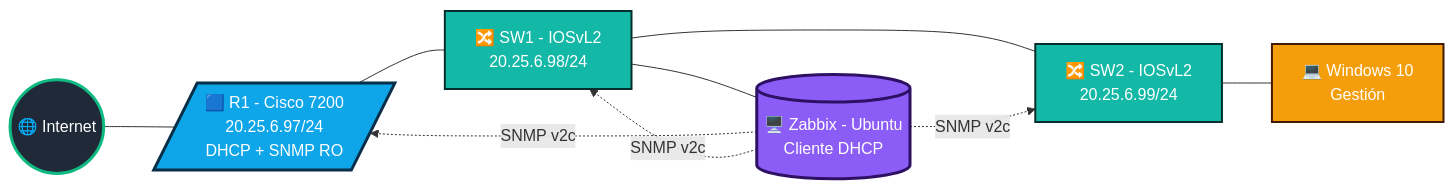
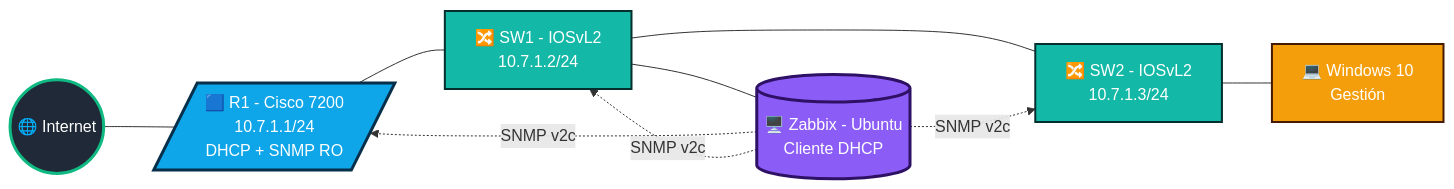
One commit to LisbethdaianGomezSoto/SNMP-CON--ZABBIX changed the first of 4 diagrams in README.md. Above: the diagram before and after it, drawn with Mermaid.

````diff
--- a/README.md
+++ b/README.md
@@ -109,29 +109,29 @@
 ```mermaid
 flowchart LR
     %% Nodos con formas diferentes
     Internet((🌐 Internet)):::wan
-    Router[/🟦 R1 - Cisco 7200<br/>20.25.6.97/24<br/>DHCP + SNMP RO/]:::router
-    Switch1[🔀 SW1 - IOSvL2<br/>20.25.6.98/24]:::switch
-    Switch2[🔀 SW2 - IOSvL2<br/>20.25.6.99/24]:::switch
+    Router[/🟦 R1 - Cisco 7200<br/>10.7.1.1/24<br/>DHCP + SNMP RO/]:::router
+    Switch1[🔀 SW1 - IOSvL2<br/>10.7.1.2/24]:::switch
+    Switch2[🔀 SW2 - IOSvL2<br/>10.7.1.3/24]:::switch
     Server[(🖥️ Zabbix - Ubuntu<br/>Cliente DHCP)]:::server
     PC[💻 Windows 10<br/>Gestión]:::client
 
     %% Conexiones Físicas
     Internet --- Router
     Router --- Switch1
     Switch1 --- Server
     Switch1 --- Switch2
     Switch2 --- PC
 
     %% Conexiones Lógicas (SNMP)
     Server -. "SNMP v2c" .-> Router
     Server -. "SNMP v2c" .-> Switch1
     Server -. "SNMP v2c" .-> Switch2
 
     %% Estilos (Colores diferentes a Lisbeth)
     classDef wan fill:#1f2937,stroke:#10b981,stroke-width:3px,color:#fff
     classDef router fill:#0ea5e9,stroke:#082f49,stroke-width:3px,color:#fff
     classDef switch fill:#14b8a6,stroke:#042f2e,stroke-width:2px,color:#fff
     classDef server fill:#8b5cf6,stroke:#2e1065,stroke-width:3px,color:#fff
     classDef client fill:#f59e0b,stroke:#451a03,stroke-width:2px,color:#fff
 ```
````
